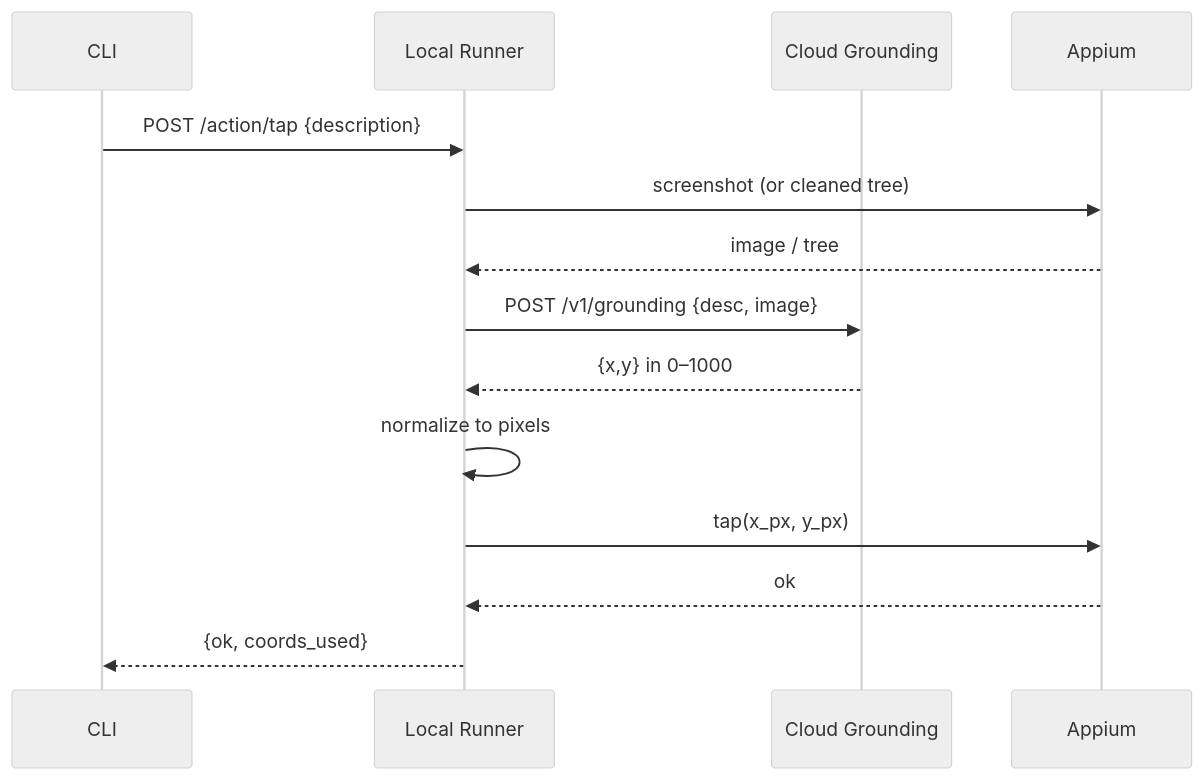
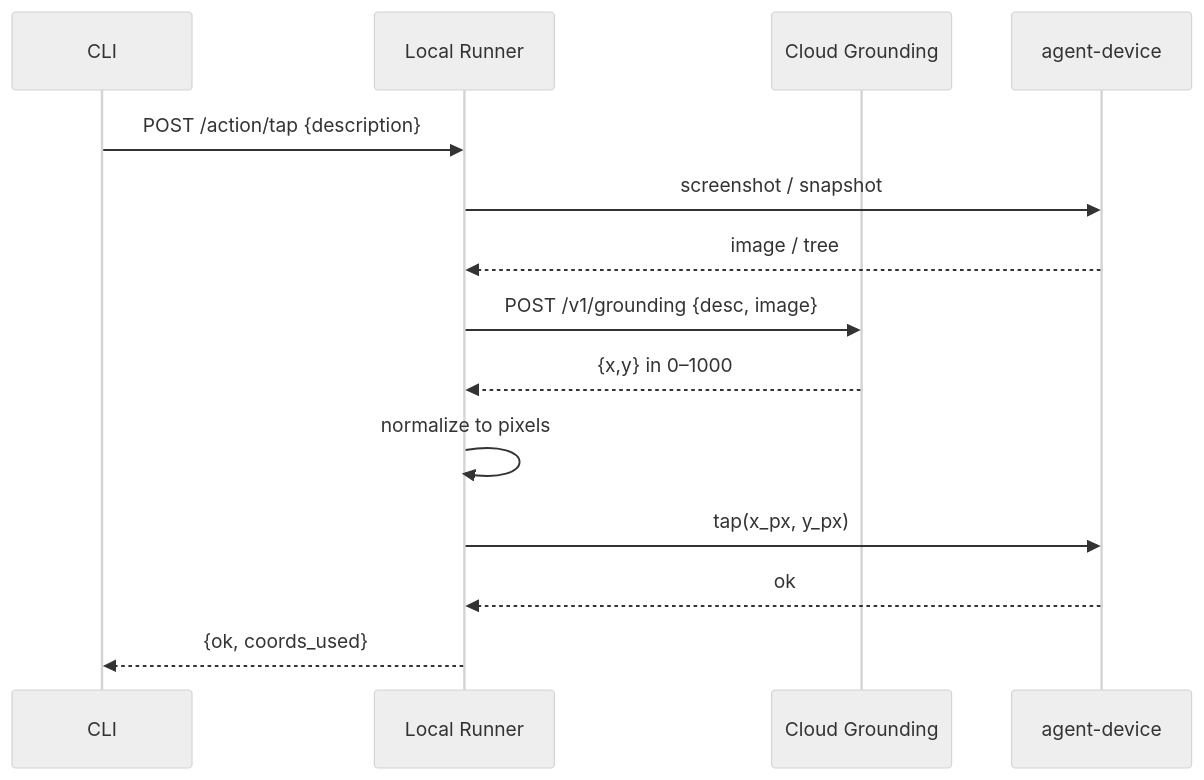
One commit to Aris-ngoy/qa-agent changed the second of 3 diagrams in ARCHITECTURE.md. Above: the diagram before and after it, drawn with Mermaid (neutral theme). The commit also changed other lines of this file and 70 other files, not shown here.

First line of the commit message:
Replace Appium with the agent-device CLI for device control.

````diff
--- a/ARCHITECTURE.md
+++ b/ARCHITECTURE.md
@@ -451,17 +437,17 @@
 ```mermaid
 sequenceDiagram
   participant CLI as CLI
   participant R as Local Runner
   participant G as Cloud Grounding
-  participant A as Appium
+  participant A as agent-device
 
   CLI->>R: POST /action/tap {description}
-  R->>A: screenshot (or cleaned tree)
+  R->>A: screenshot / snapshot
   A-->>R: image / tree
   R->>G: POST /v1/grounding {desc, image}
   G-->>R: {x,y} in 0–1000
   R->>R: normalize to pixels
   R->>A: tap(x_px, y_px)
   A-->>R: ok
   R-->>CLI: {ok, coords_used}
 ```
````
